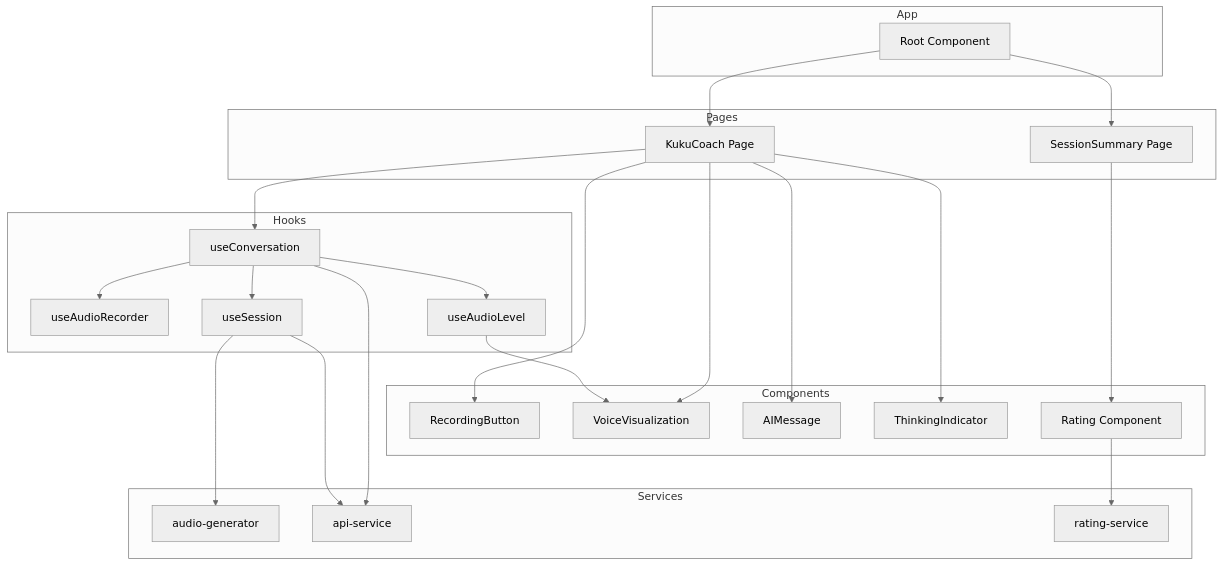
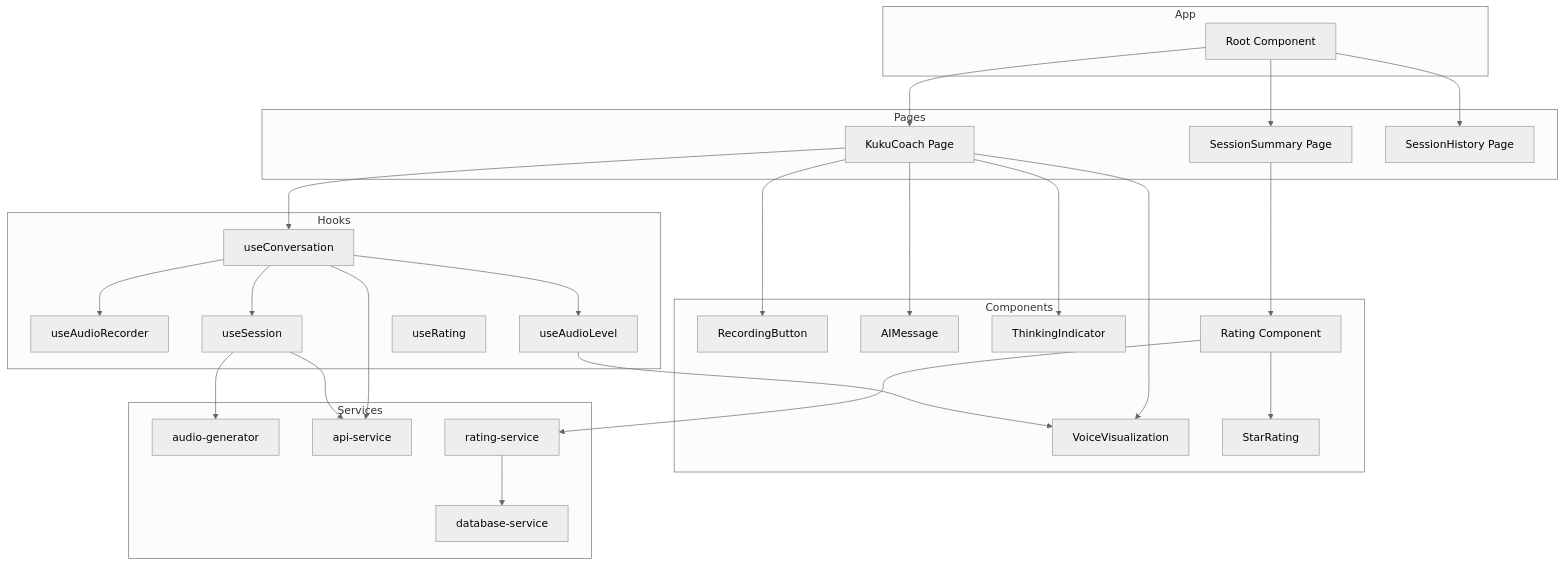
Before and after one commit to beerbear4369/design-to-reality-94: the fifth of 11 diagrams in memory-bank/systemPatterns.md, drawn with Mermaid (neutral theme). The commit also changed other lines of this file and 4 other files, not shown here.

````diff
--- a/memory-bank/systemPatterns.md
+++ b/memory-bank/systemPatterns.md
@@ -126,49 +179,56 @@
 ```mermaid
 flowchart TD
     subgraph App
         RC[Root Component]
     end
 
     subgraph Pages
         KC[KukuCoach Page]
         SP[SessionSummary Page]
+        HP[SessionHistory Page]
     end
 
     subgraph Components
         RB[RecordingButton]
         VV[VoiceVisualization]
         AM[AIMessage]
         TI[ThinkingIndicator]
         RT[Rating Component]
+        SR[StarRating]
     end
 
     subgraph Hooks
         UAR[useAudioRecorder]
         UAL[useAudioLevel]
         US[useSession]
         UC[useConversation]
+        UR[useRating]
     end
 
     subgraph Services
         AG[audio-generator]
         API[api-service]
         RS[rating-service]
+        DB[database-service]
     end
 
     RC --> KC
     RC --> SP
+    RC --> HP
     KC --> RB
     KC --> VV
     KC --> AM
     KC --> TI
     SP --> RT
+    RT --> SR
     KC --> UC
     UC --> UAR
     UC --> UAL
     UC --> US
     UC --> API
     RT --> RS
     UAL --> VV
     US --> API
     US --> AG
+    RS --> DB
 ```
````
